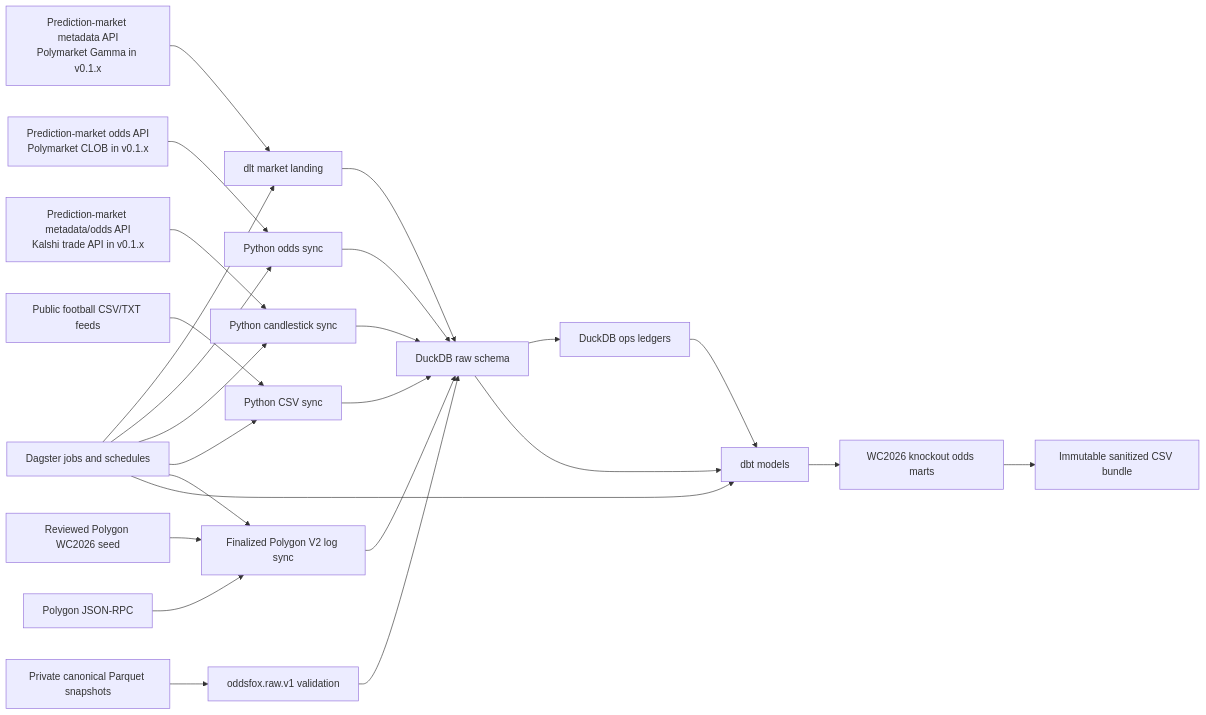
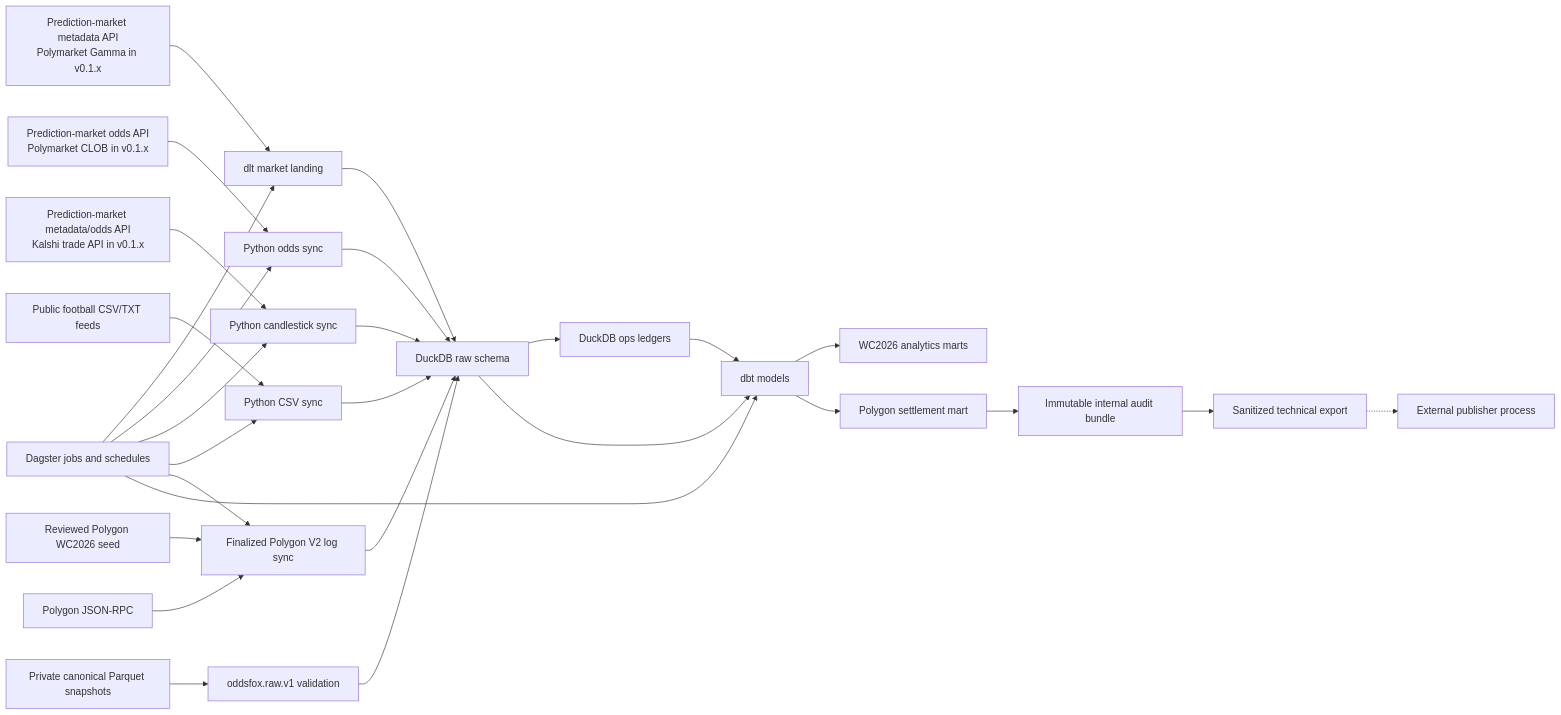
The first of 2 diagrams in docs/concepts/architecture.md (hypertrial/oddsfox-pipeline), drawn with Mermaid before and after one commit. The commit also changed other lines of this file and 36 other files, not shown here.

Commit message:
Add publisher-neutral Polygon settlement export

````diff
--- a/docs/concepts/architecture.md
+++ b/docs/concepts/architecture.md
@@ -31,27 +31,30 @@
 ```mermaid
 flowchart LR
     gamma["Prediction-market metadata API<br/>Polymarket Gamma in v0.1.x"] --> dlt["dlt market landing"]
     clob["Prediction-market odds API<br/>Polymarket CLOB in v0.1.x"] --> odds["Python odds sync"]
     kalshi_api["Prediction-market metadata/odds API<br/>Kalshi trade API in v0.1.x"] --> kalshi_sync["Python candlestick sync"]
     results["Public football CSV/TXT feeds"] --> result_sync["Python CSV sync"]
     seed["Reviewed Polygon WC2026 seed"] --> polygon_sync["Finalized Polygon V2 log sync"]
     polygon_rpc["Polygon JSON-RPC"] --> polygon_sync
     private["Private canonical Parquet snapshots"] --> validate["oddsfox.raw.v1 validation"]
     dlt --> raw["DuckDB raw schema"]
     odds --> raw
     kalshi_sync --> raw
     result_sync --> raw
     polygon_sync --> raw
     validate --> raw
     raw --> ops["DuckDB ops ledgers"]
     raw --> dbt["dbt models"]
     ops --> dbt
-    dbt --> marts["WC2026 knockout odds marts"]
-    marts --> bundle["Immutable sanitized CSV bundle"]
+    dbt --> marts["WC2026 analytics marts"]
+    dbt --> polygon_mart["Polygon settlement mart"]
+    polygon_mart --> audit["Immutable internal audit bundle"]
+    audit --> export["Sanitized technical export"]
+    export -.-> publisher["External publisher process"]
     dagster["Dagster jobs and schedules"] --> dlt
     dagster --> odds
     dagster --> kalshi_sync
     dagster --> result_sync
     dagster --> polygon_sync
     dagster --> dbt
 ```
````
